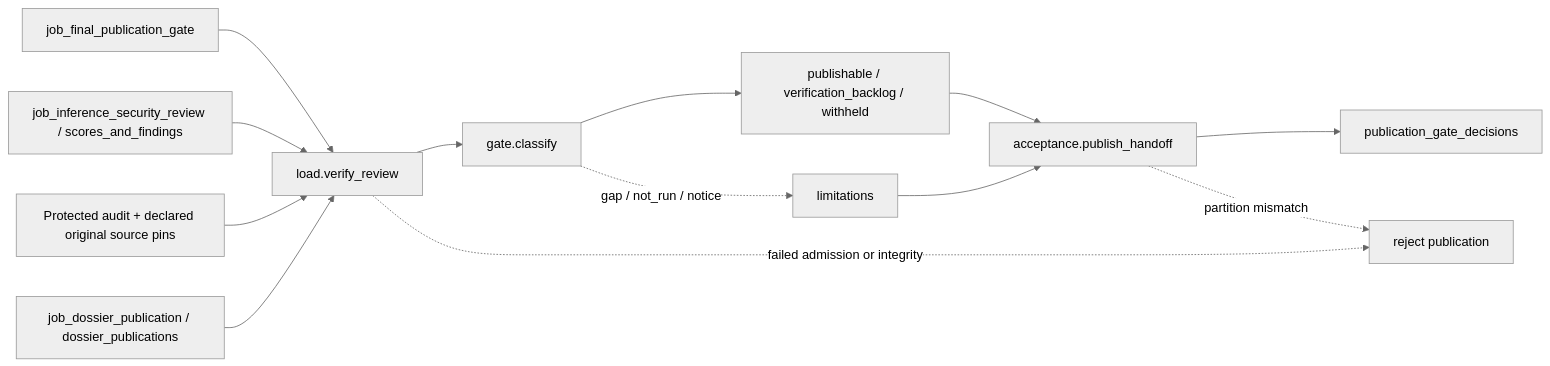
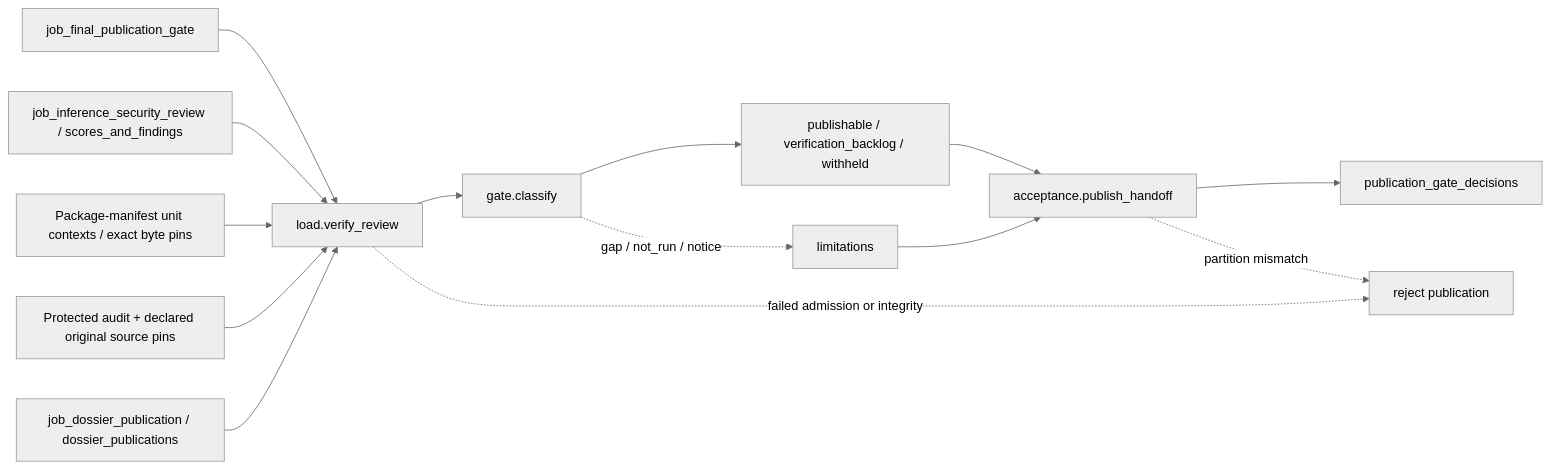
One commit to wsollers/appsec-review changed the second of 2 diagrams in docs/operations/job_final_publication_gate.md. Above: the diagram before and after it, drawn with Mermaid (neutral theme). The commit also changed other lines of this file and 5 other files, not shown here.

````diff
--- a/docs/operations/job_final_publication_gate.md
+++ b/docs/operations/job_final_publication_gate.md
@@ -394,15 +400,16 @@
 ```mermaid
 flowchart LR
   job["job_final_publication_gate"] --> load["load.verify_review"]
   review["job_inference_security_review / scores_and_findings"] --> load
+  contexts["Package-manifest unit contexts / exact byte pins"] --> load
   audit["Protected audit + declared original source pins"] --> load
   artifacts["job_dossier_publication / dossier_publications"] --> load
   load --> classify["gate.classify"]
   classify --> buckets["publishable / verification_backlog / withheld"]
   buckets --> accept["acceptance.publish_handoff"]
   classify -. "gap / not_run / notice" .-> limitations["limitations"]
   limitations --> accept
   accept --> out["publication_gate_decisions"]
   load -. "failed admission or integrity" .-> reject["reject publication"]
   accept -. "partition mismatch" .-> reject
 ```
````
